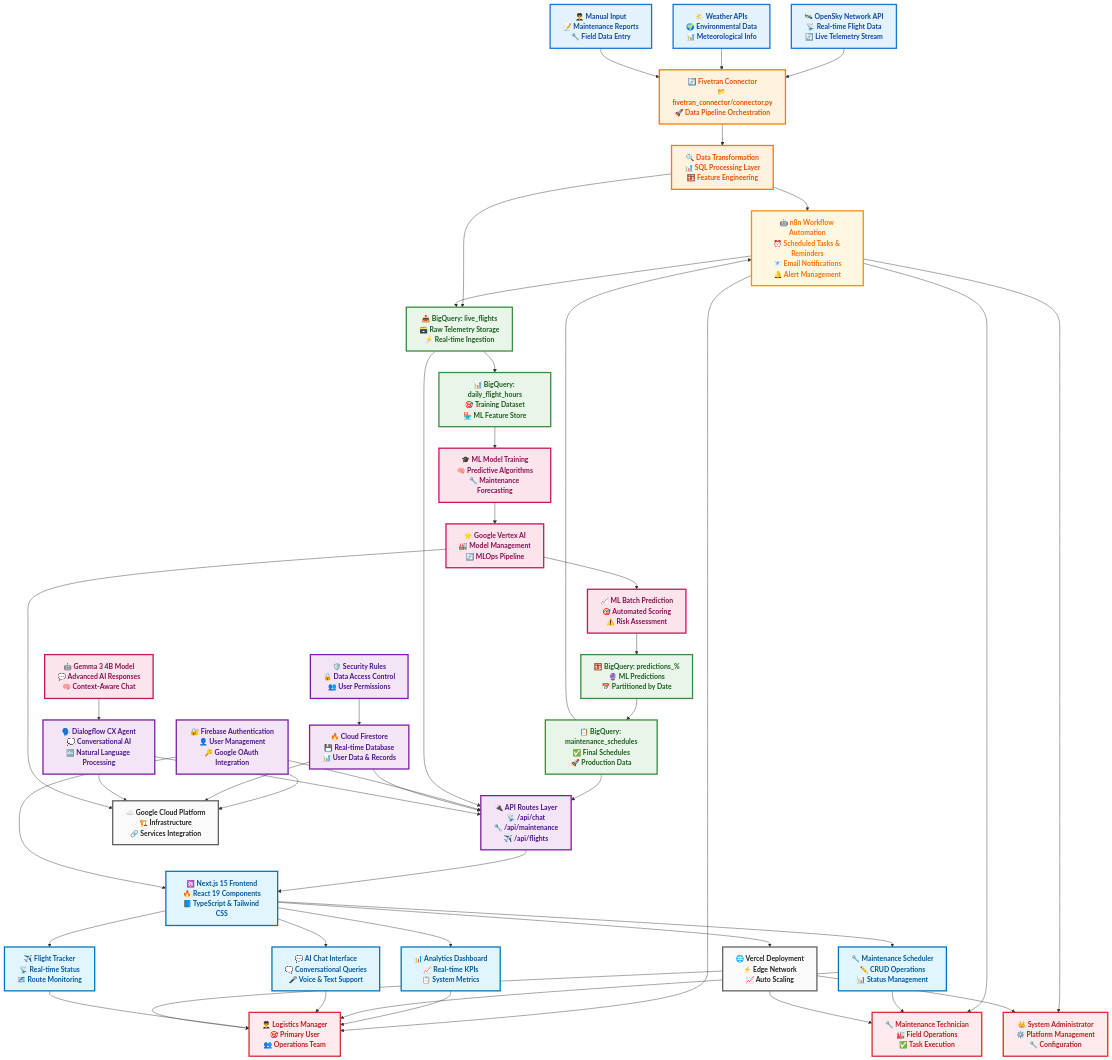
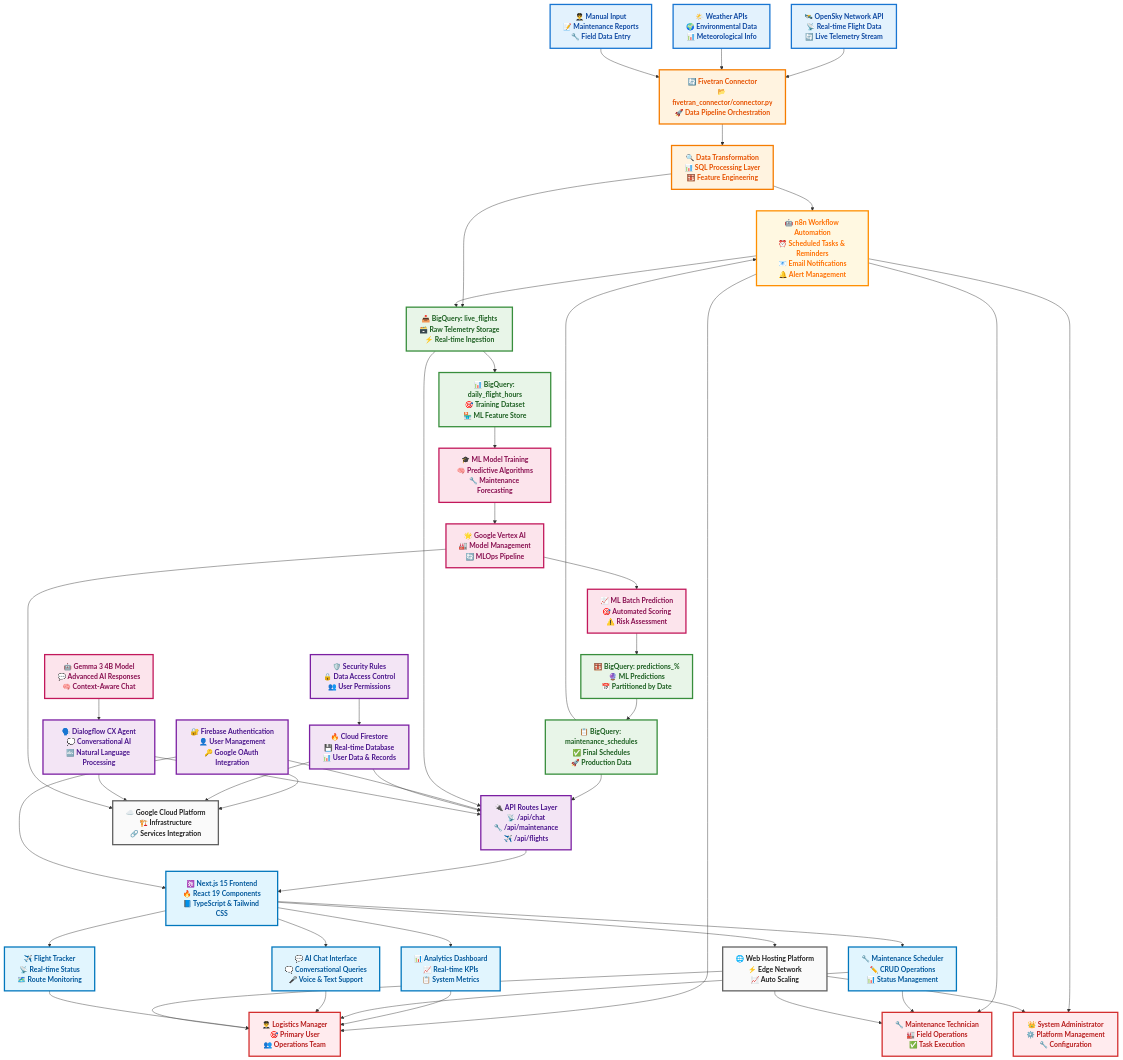
One commit to Hetpatel01021111/MTC_AeroTrackAI changed the first of 9 diagrams in README.md. Above: the diagram before and after it, drawn with Mermaid. The commit also changed other lines of this file, not shown here.

````diff
--- a/README.md
+++ b/README.md
@@ -60,7 +72,7 @@
     FLIGHTS["✈️ Flight Tracker<br/>📡 Real-time Status<br/>🗺️ Route Monitoring"]
     
     %% ===== DEPLOYMENT & USERS =====
-    VERCEL["🌐 Vercel Deployment<br/>⚡ Edge Network<br/>📈 Auto Scaling"]
+    HOSTING["🌐 Web Hosting Platform<br/>⚡ Edge Network<br/>📈 Auto Scaling"]
     GCP["☁️ Google Cloud Platform<br/>🏗️ Infrastructure<br/>🔗 Services Integration"]
     LOGISTICS["👨‍✈️ Logistics Manager<br/>🎯 Primary User<br/>👥 Operations Team"]
     TECHNICIAN["🔧 Maintenance Technician<br/>🏭 Field Operations<br/>✅ Task Execution"]
@@ -93,7 +105,7 @@
     NEXTJS --> MAINTENANCE
     NEXTJS --> CHAT
     NEXTJS --> FLIGHTS
-    NEXTJS --> VERCEL
+    NEXTJS --> HOSTING
     FIREBASE_AUTH --> GCP
     FIRESTORE --> GCP
     DIALOGFLOW --> GCP
@@ -107,9 +119,9 @@
     MAINTENANCE --> TECHNICIAN
     CHAT --> LOGISTICS
     FLIGHTS --> LOGISTICS
-    VERCEL --> LOGISTICS
-    VERCEL --> TECHNICIAN
-    VERCEL --> ADMIN
+    HOSTING --> LOGISTICS
+    HOSTING --> TECHNICIAN
+    HOSTING --> ADMIN
     
     %% ===== STYLING WITH PERFECT COLORS =====
     classDef dataSource fill:#E3F2FD,stroke:#1976D2,stroke-width:3px,color:#0D47A1,font-weight:bold
@@ -130,6 +142,6 @@
     class ML_TRAIN,ML_PRED,VERTEX,GEMMA ml
     class FIREBASE_AUTH,FIRESTORE,FIREBASE_RULES,DIALOGFLOW,API_ROUTES backend
     class NEXTJS,DASHBOARD,MAINTENANCE,CHAT,FLIGHTS frontend
-    class VERCEL,GCP deployment
+    class HOSTING,GCP deployment
     class LOGISTICS,TECHNICIAN,ADMIN user
 ```
````
